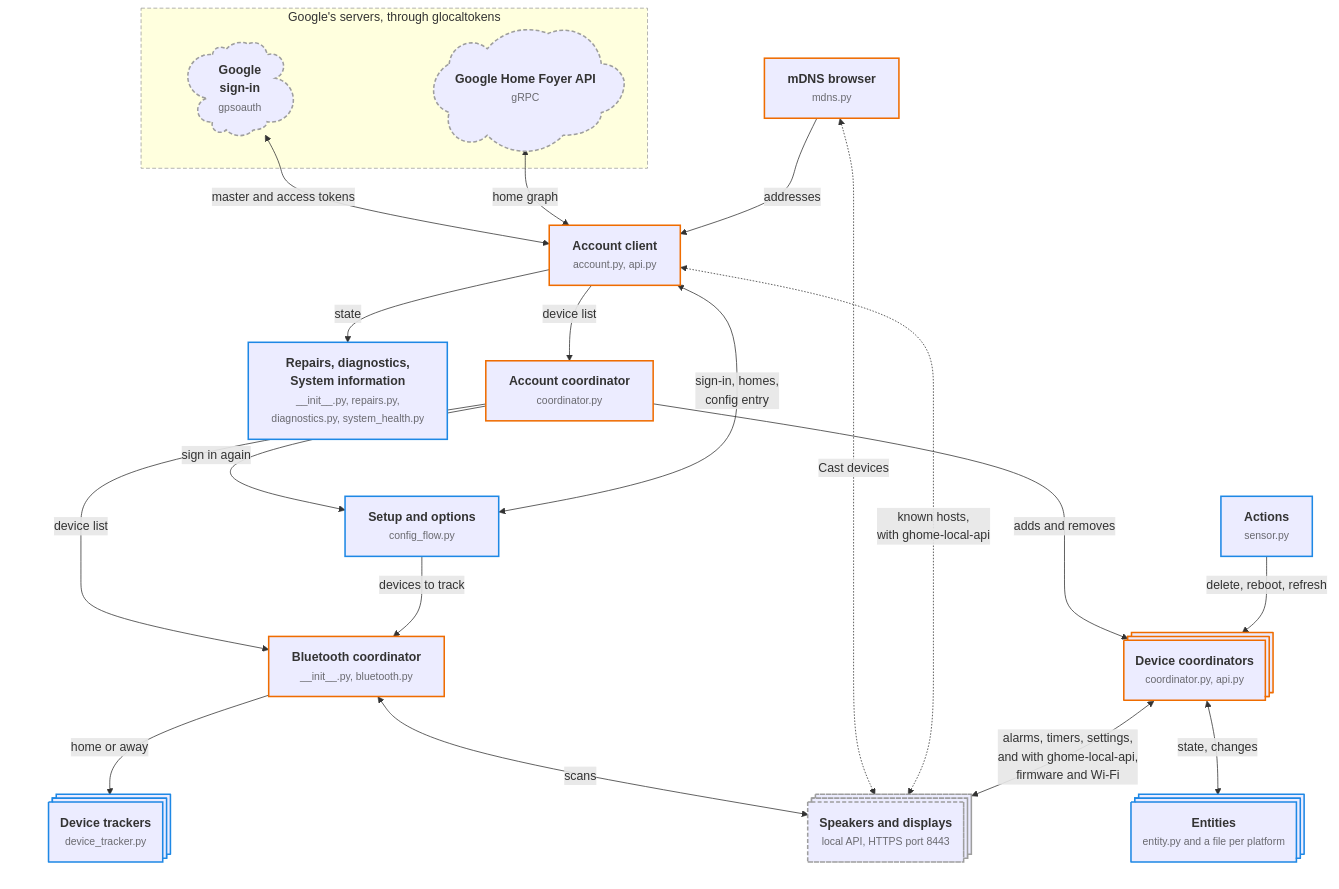
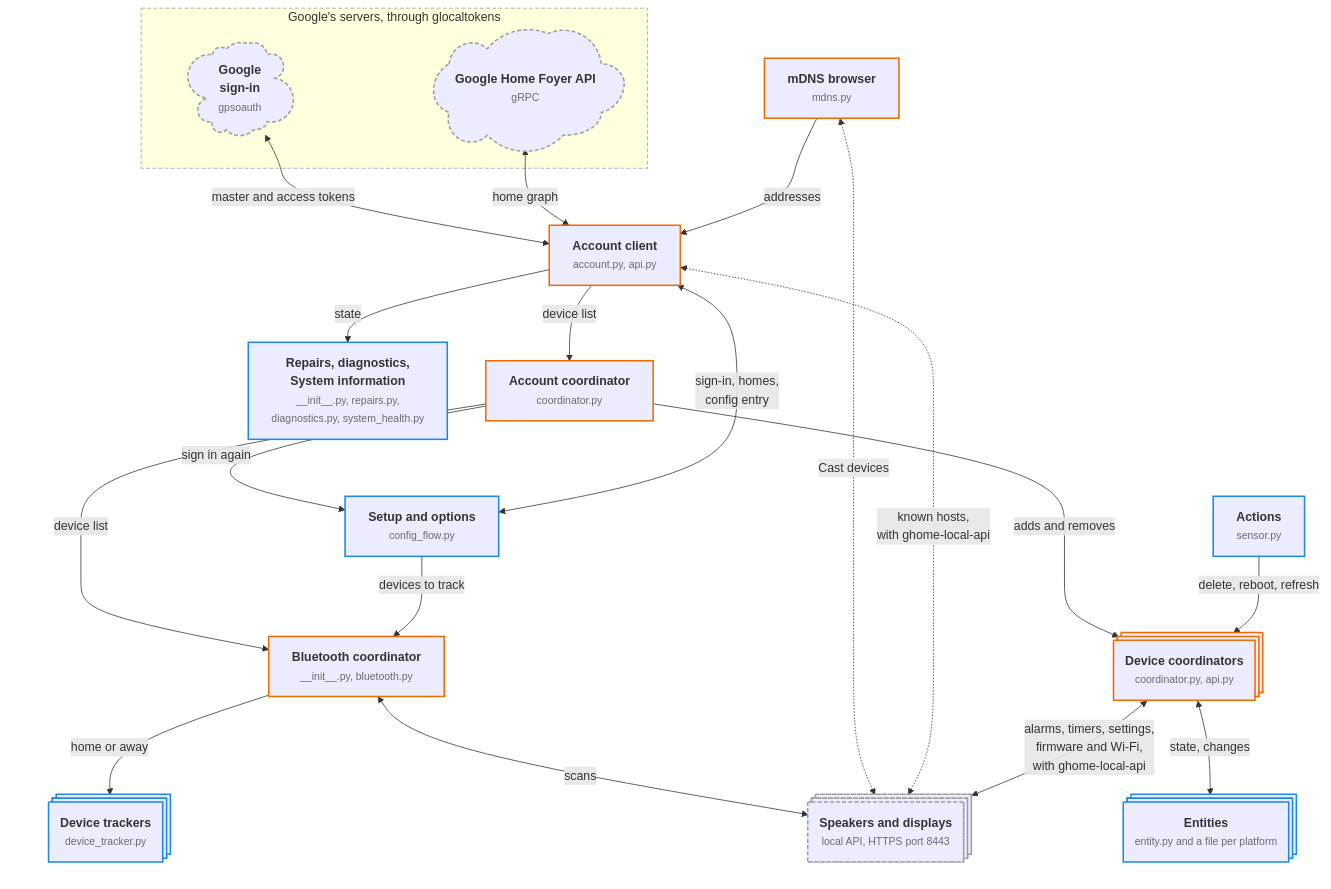
One commit to leikoilja/ha-google-home changed the second of 2 diagrams in docs/contributing.md. Above: the diagram before and after it, drawn with Mermaid. The commit also changed other lines of this file and 9 other files, not shown here.

````diff
--- a/docs/contributing.md
+++ b/docs/contributing.md
@@ -54,53 +54,53 @@
 ```mermaid
 flowchart TB
     subgraph google["Google's servers, through glocaltokens"]
         signin@{ shape: cloud, label: "<b>Google<br>sign-in</b><br><span style='font-size:0.85em;opacity:0.7;color:inherit'>gpsoauth</span>" }
         foyer@{ shape: cloud, label: "<b>Google Home Foyer API</b><br><span style='font-size:0.85em;opacity:0.7;color:inherit'>gRPC</span>" }
     end
 
     flows["<b>Setup and options</b><br><span style='font-size:0.85em;opacity:0.7;color:inherit'>config_flow.py</span>"]
     client["<b>Account client</b><br><span style='font-size:0.85em;opacity:0.7;color:inherit'>account.py, api.py</span>"]
     mdns["<b>mDNS browser</b><br><span style='font-size:0.85em;opacity:0.7;color:inherit'>mdns.py</span>"]
     account["<b>Account coordinator</b><br><span style='font-size:0.85em;opacity:0.7;color:inherit'>coordinator.py</span>"]
     actions["<b>Actions</b><br><span style='font-size:0.85em;opacity:0.7;color:inherit'>sensor.py</span>"]
     support["<b>Repairs, diagnostics,<br>System information</b><br><span style='font-size:0.85em;opacity:0.7;color:inherit'>__init__.py, repairs.py,<br>diagnostics.py, system_health.py</span>"]
     subgraph devcol[" "]
         devices@{ shape: procs, label: "<b>Device coordinators</b><br><span style='font-size:0.85em;opacity:0.7;color:inherit'>coordinator.py, api.py</span>" }
         entities@{ shape: procs, label: "<b>Entities</b><br><span style='font-size:0.85em;opacity:0.7;color:inherit'>entity.py and a file per platform</span>" }
         devices <-- "state, changes" --> entities
     end
     subgraph btcol[" "]
         bluetooth["<b>Bluetooth coordinator</b><br><span style='font-size:0.85em;opacity:0.7;color:inherit'>__init__.py, bluetooth.py</span>"]
         trackers@{ shape: procs, label: "<b>Device trackers</b><br><span style='font-size:0.85em;opacity:0.7;color:inherit'>device_tracker.py</span>" }
         bluetooth -- "home or away" --> trackers
     end
     speakers@{ shape: procs, label: "<b>Speakers and displays</b><br><span style='font-size:0.85em;opacity:0.7;color:inherit'>local API, HTTPS port 8443</span>" }
 
     signin <-- "master and access tokens" --> client
     foyer <-- "home graph" --> client
     google ~~~ flows
     flows <-- "sign-in, homes,<br>config entry" --> client
     flows ~~~ account
     account -- "sign in again" --> flows
     mdns -- "addresses" --> client
     client -- "device list" --> account
     client -- "state" --> support
     account -- "adds and removes" --> devices
     actions -- "delete, reboot, refresh" --> devices
     mdns <-. "Cast devices" .-> speakers
     client <-. "known hosts,<br>with ghome-local-api" .-> speakers
-    devices <-- "alarms, timers, settings,<br>and with ghome-local-api,<br>firmware and Wi-Fi" --> speakers
+    devices <-- "alarms, timers, settings,<br>firmware and Wi-Fi,<br>with ghome-local-api" --> speakers
     account -- "device list" --> bluetooth
     flows -- "devices to track" --> bluetooth
     bluetooth <-- "scans" --> speakers
 
     classDef ha stroke:#1e88e5,stroke-width:2px
     classDef own stroke:#ef6c00,stroke-width:2px
     classDef outside stroke:#9e9e9e,stroke-width:2px,stroke-dasharray:5 3
     class flows,actions,support,entities,trackers ha
     class client,mdns,account,devices,bluetooth own
     class signin,foyer,speakers outside
     style google stroke:#9e9e9e,stroke-dasharray:5 3
     style devcol fill:none,stroke:none
     style btcol fill:none,stroke:none
 ```
````
